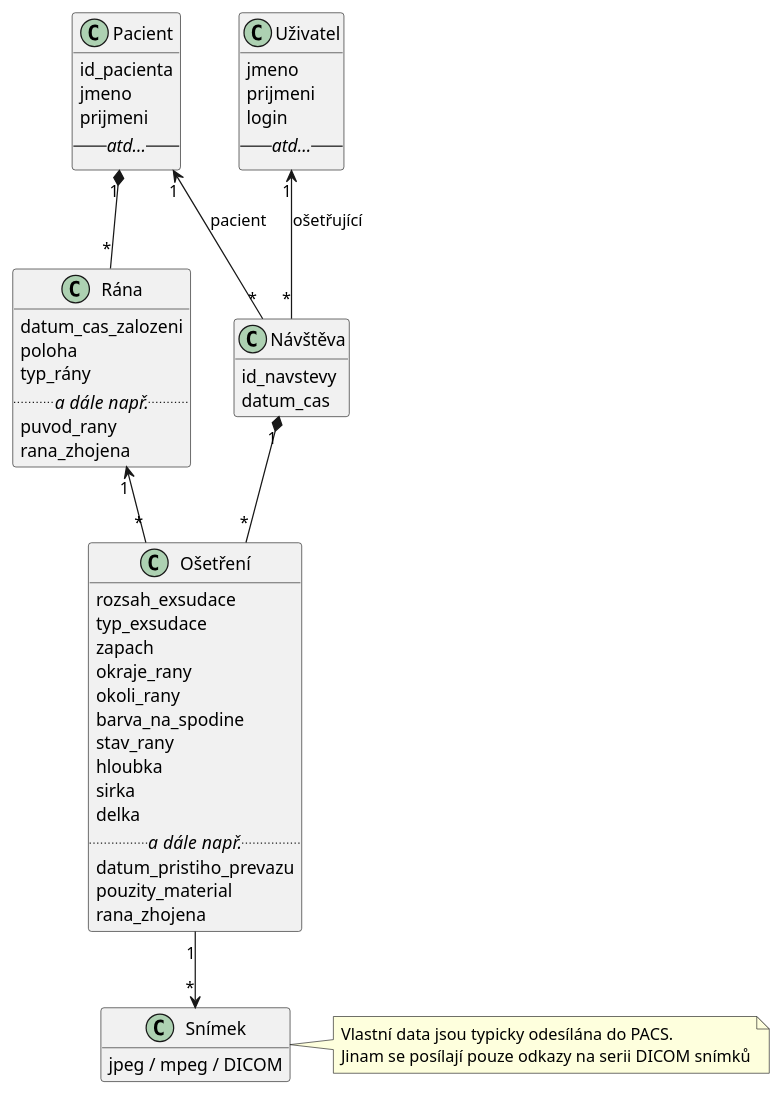
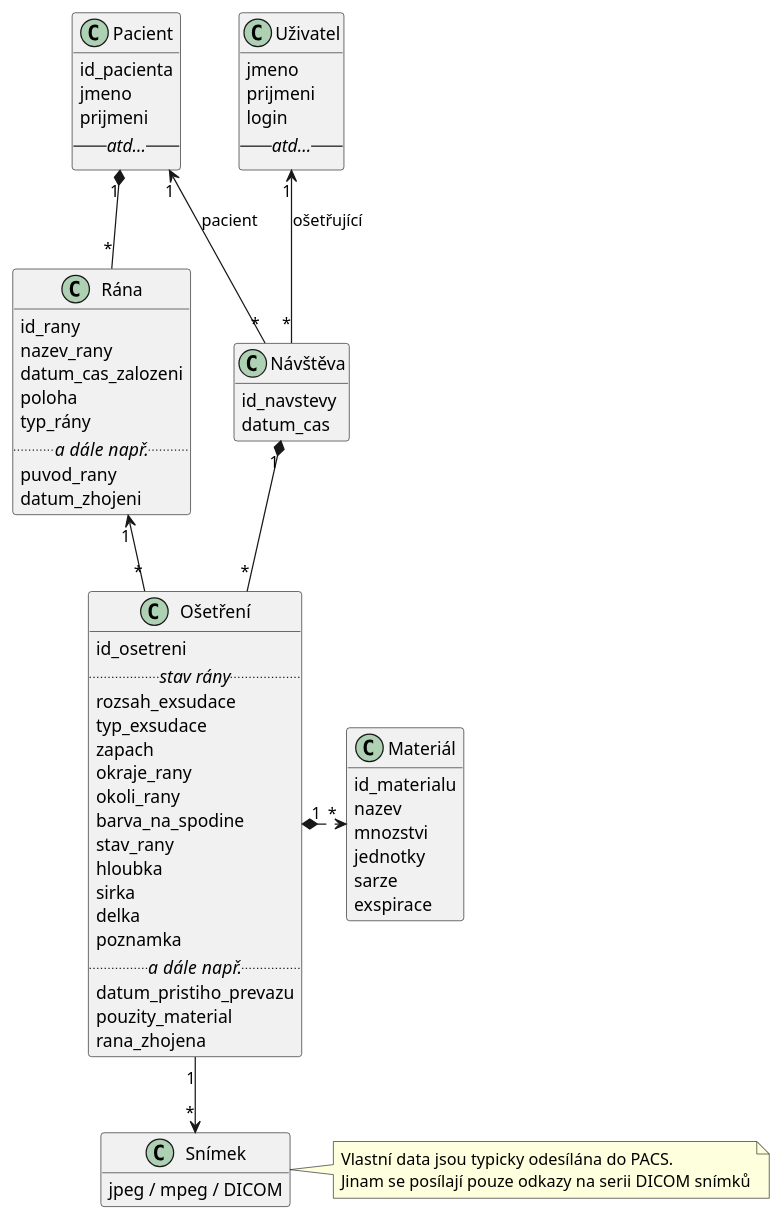
The diagram in integration/zuni-class-diagram.plantuml (bindworks/bw-zuni-docs), drawn with PlantUML before and after one commit.

```diff
--- a/integration/zuni-class-diagram.plantuml
+++ b/integration/zuni-class-diagram.plantuml
@@ -1,67 +1,82 @@
 @startuml
 
 class Uživatel {
     jmeno
     prijmeni
     login
     -- <i>atd...</i> --
 }
 
 class Pacient {
     id_pacienta
     jmeno
     prijmeni
     -- <i>atd...</i> --
 }
 
 
 class Návštěva {
     id_navstevy
     datum_cas
 }
 
 class Ošetření {
+    id_osetreni
+    .. <i>stav rány</i> ..
     rozsah_exsudace
     typ_exsudace
     zapach
     okraje_rany
     okoli_rany
     barva_na_spodine
     stav_rany
     hloubka
     sirka
     delka
+    poznamka
     .. <i>a dále např.</i> ..
     datum_pristiho_prevazu
     pouzity_material
     rana_zhojena
 }
 
+class Materiál {
+    id_materialu
+    nazev
+    mnozstvi
+    jednotky
+    sarze
+    exspirace
+}
+
 class Rána {
+    id_rany
+    nazev_rany
     datum_cas_zalozeni
     poloha
     typ_rány
     .. <i>a dále např.</i> ..
     puvod_rany
-    rana_zhojena
+    datum_zhojeni
 }
 
 class Snímek {
     jpeg / mpeg / DICOM
 }
 
 note right
   Vlastní data jsou typicky odesílána do PACS. 
   Jinam se posílají pouze odkazy na serii DICOM snímků
 end note
 
 Pacient "1" *-- "*" Rána
 Návštěva "1" *-- "*" Ošetření
 Ošetření "*" -up-> "1" Rána
 Ošetření "1" --> "*" Snímek
+Ošetření "1" *..right..> "*" Materiál
 Návštěva "*" -up-> "1" Uživatel: ošetřující
 Návštěva "*" -up-> "1" Pacient: pacient
 
 hide empty methods    
 
 @enduml
```
